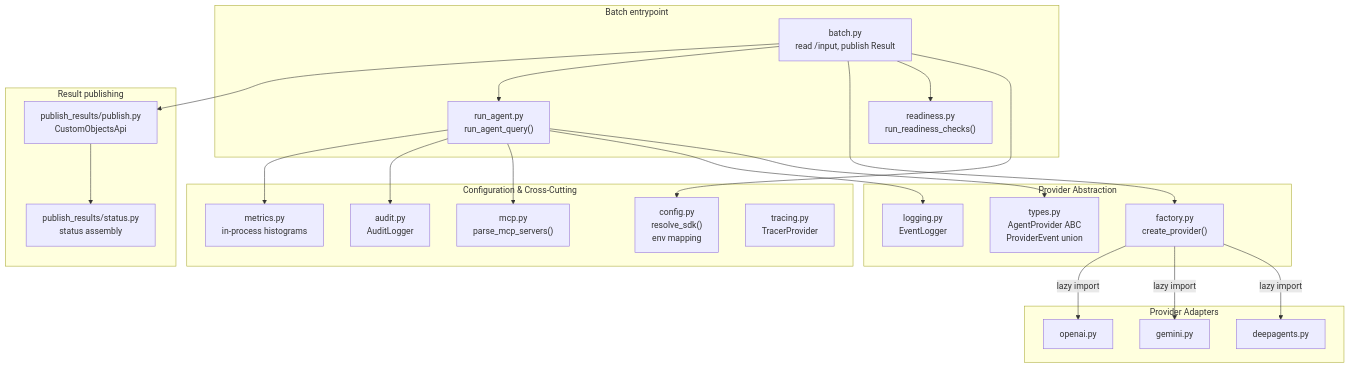
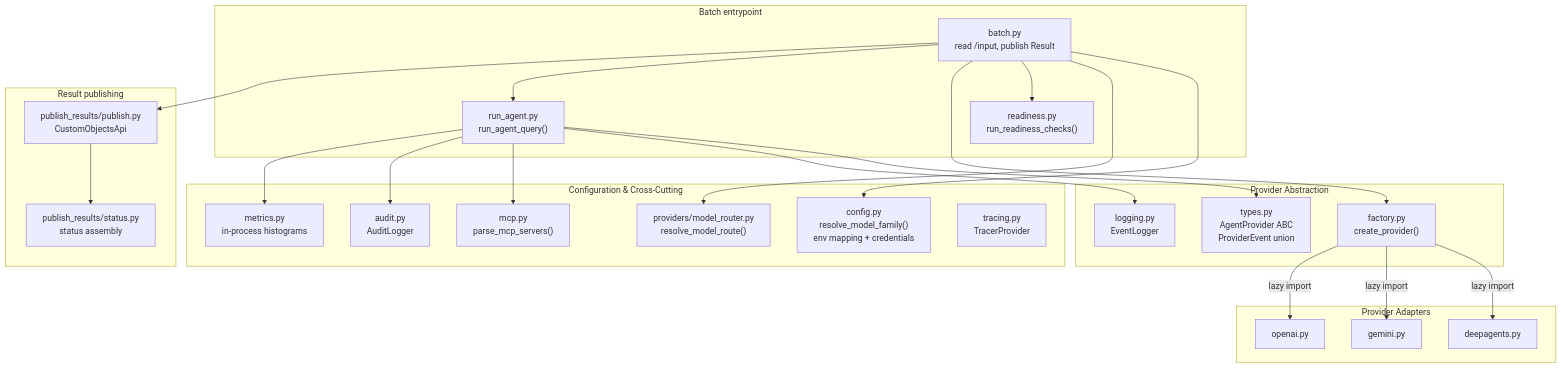
Before and after one commit to asamal4/lightspeed-agentic-sandbox: the second of 4 diagrams in ARCHITECTURE.md, drawn with Mermaid. The commit also changed other lines of this file and 29 other files, not shown here.

````diff
--- a/ARCHITECTURE.md
+++ b/ARCHITECTURE.md
@@ -33,48 +33,50 @@
 ```mermaid
 graph TD
     subgraph "Batch entrypoint"
         Batch["batch.py<br/>read /input, publish Result"]
         RunAgent["run_agent.py<br/>run_agent_query()"]
         Readiness["readiness.py<br/>run_readiness_checks()"]
     end
 
     subgraph "Configuration & Cross-Cutting"
-        Config["config.py<br/>resolve_sdk()<br/>env mapping"]
+        Config["config.py<br/>resolve_model_family()<br/>env mapping + credentials"]
+        ModelRouter["providers/model_router.py<br/>resolve_model_route()"]
         MCP["mcp.py<br/>parse_mcp_servers()"]
         Audit["audit.py<br/>AuditLogger"]
         Metrics["metrics.py<br/>in-process histograms"]
         Tracing["tracing.py<br/>TracerProvider"]
     end
 
     subgraph "Result publishing"
         Publish["publish_results/publish.py<br/>CustomObjectsApi"]
         Status["publish_results/status.py<br/>status assembly"]
     end
 
     subgraph "Provider Abstraction"
         Factory["factory.py<br/>create_provider()"]
         Types["types.py<br/>AgentProvider ABC<br/>ProviderEvent union"]
         Logger["logging.py<br/>EventLogger"]
     end
 
     subgraph "Provider Adapters"
         DeepAgentsP["deepagents.py"]
         GeminiP["gemini.py"]
         OpenAIP["openai.py"]
     end
 
     Batch --> Config
+    Batch --> ModelRouter
     Batch --> Readiness
     Batch --> Factory
     Batch --> RunAgent
     Batch --> Publish
   Publish --> Status
     RunAgent --> Types
     RunAgent --> Logger
     RunAgent --> MCP
     RunAgent --> Audit
     RunAgent --> Metrics
     Factory -->|lazy import| DeepAgentsP
     Factory -->|lazy import| GeminiP
     Factory -->|lazy import| OpenAIP
 ```
````
